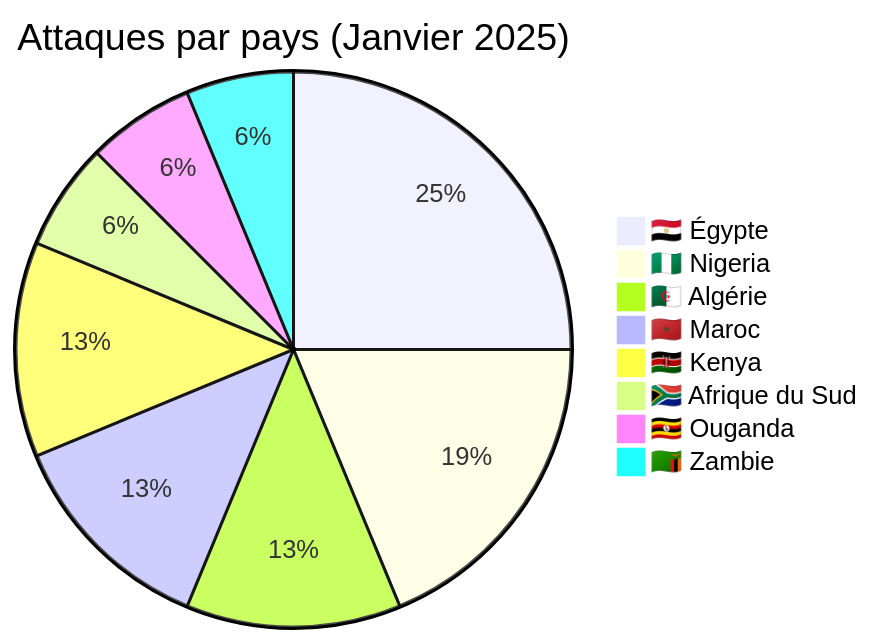
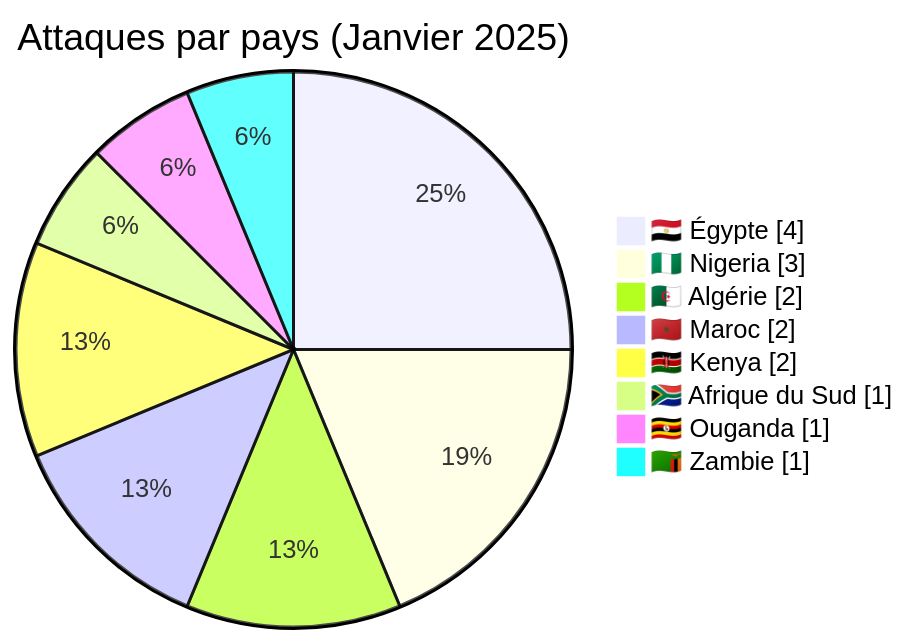
The third of 7 diagrams in CyberAttackAfrica/2025/01-january/README_FR.md (Hatchepsoute/AFRINTEL), drawn with Mermaid before and after one commit. The commit also changed other lines of this file and 182 other files, not shown here.

````diff
--- a/CyberAttackAfrica/2025/01-january/README_FR.md
+++ b/CyberAttackAfrica/2025/01-january/README_FR.md
@@ -78,11 +83,12 @@
 ```mermaid
-pie title Attaques par pays (Janvier 2025)
+pie showData
+    title Attaques par pays (Janvier 2025)
     "🇪🇬 Égypte" : 4
     "🇳🇬 Nigeria" : 3
     "🇩🇿 Algérie" : 2
     "🇲🇦 Maroc" : 2
     "🇰🇪 Kenya" : 2
     "🇿🇦 Afrique du Sud" : 1
     "🇺🇬 Ouganda" : 1
     "🇿🇲 Zambie" : 1
 ```
````
